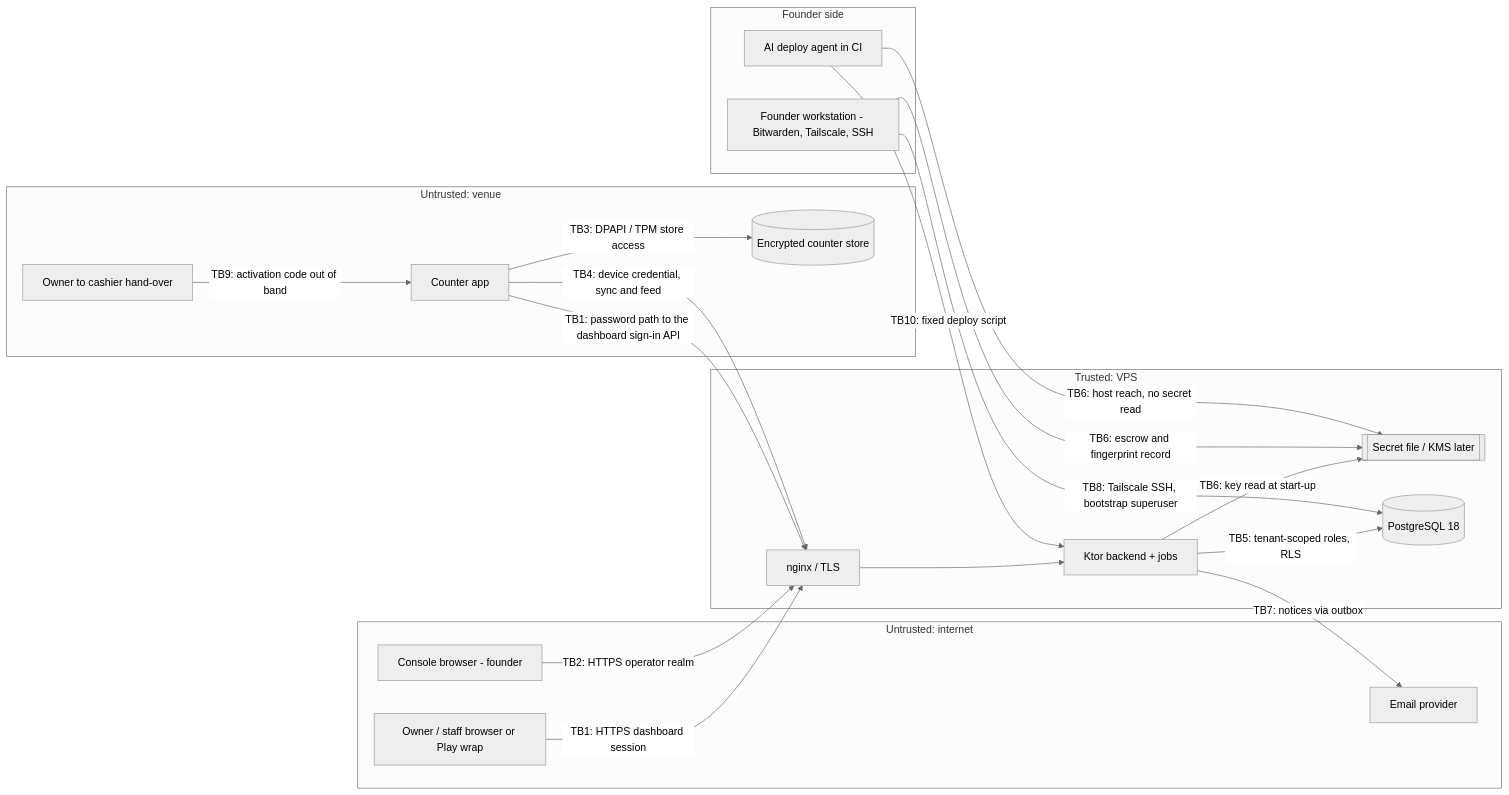
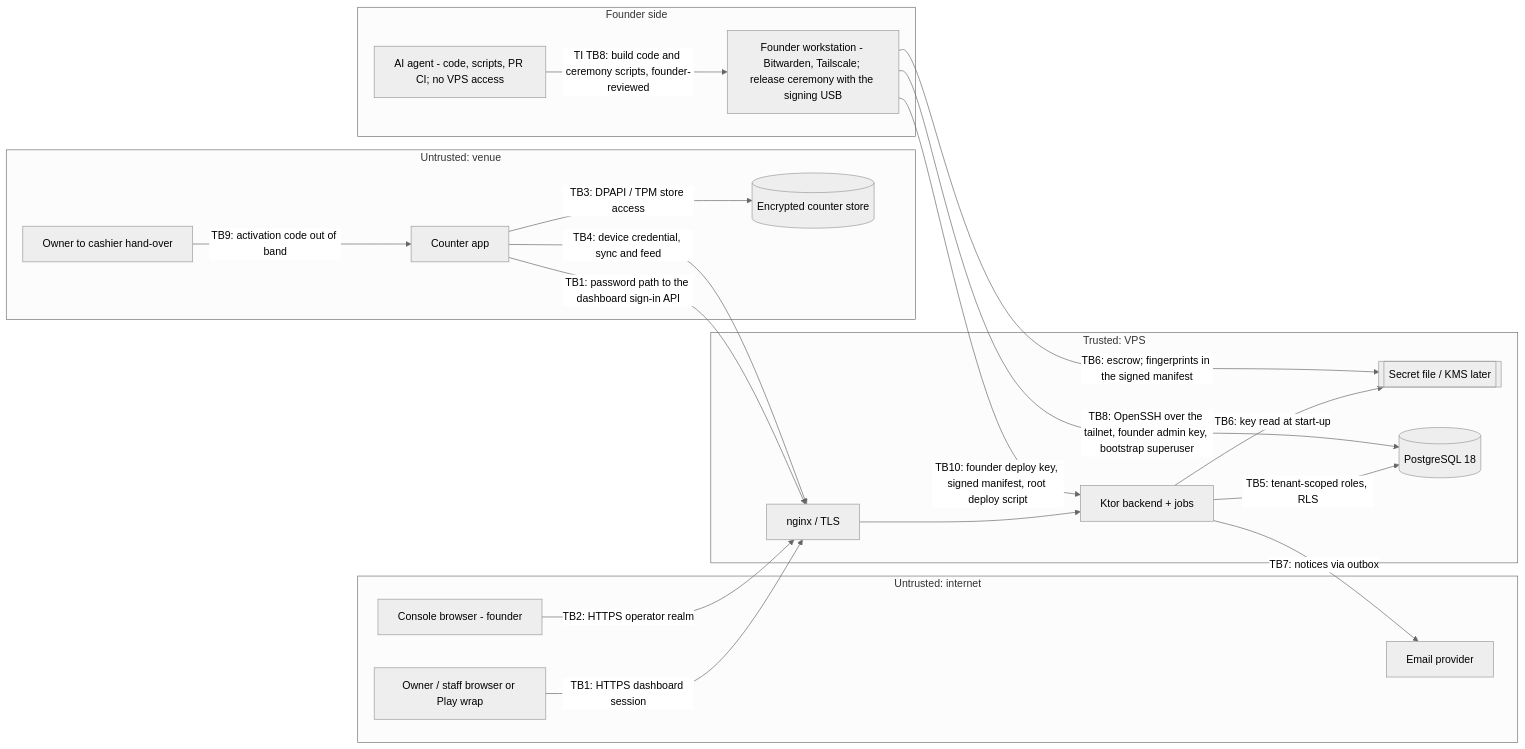
One commit to Kodelix/kodeebo changed the diagram in docs/architecture/threat-models/staff-auth.md. Above: the diagram before and after it, drawn with Mermaid (neutral theme). The commit also changed other lines of this file and 4 other files, not shown here.

````diff
--- a/docs/architecture/threat-models/staff-auth.md
+++ b/docs/architecture/threat-models/staff-auth.md
@@ -78,36 +78,36 @@
 ```mermaid
 flowchart LR
   subgraph Internet["Untrusted: internet"]
     B[Owner / staff browser or Play wrap]
     CB[Console browser - founder]
     EM[Email provider]
   end
   subgraph Venue["Untrusted: venue"]
     CA[Counter app]
     ST[(Encrypted counter store)]
     OOB[Owner to cashier hand-over]
   end
   subgraph Founder["Founder side"]
-    WS[Founder workstation - Bitwarden, Tailscale, SSH]
-    CI[AI deploy agent in CI]
+    WS[Founder workstation - Bitwarden, Tailscale; release ceremony with the signing USB]
+    CI[AI agent - code, scripts, PR CI; no VPS access]
   end
   subgraph Host["Trusted: VPS"]
     NX[nginx / TLS]
     API[Ktor backend + jobs]
     SF[[Secret file / KMS later]]
     DB[(PostgreSQL 18)]
   end
   B -- "TB1: HTTPS dashboard session" --> NX --> API
   CA -- "TB1: password path to the dashboard sign-in API" --> NX
   CB -- "TB2: HTTPS operator realm" --> NX
   CA -- "TB3: DPAPI / TPM store access" --> ST
   CA -- "TB4: device credential, sync and feed" --> NX
   API -- "TB5: tenant-scoped roles, RLS" --> DB
   API -- "TB6: key read at start-up" --> SF
   API -- "TB7: notices via outbox" --> EM
-  WS -- "TB8: Tailscale SSH, bootstrap superuser" --> DB
+  WS -- "TB8: OpenSSH over the tailnet, founder admin key, bootstrap superuser" --> DB
   OOB -- "TB9: activation code out of band" --> CA
-  CI -- "TB10: fixed deploy script" --> API
-  WS -- "TB6: escrow and fingerprint record" --> SF
-  CI -- "TB6: host reach, no secret read" --> SF
+  WS -- "TB10: founder deploy key, signed manifest, root deploy script" --> API
+  CI -- "TI TB8: build code and ceremony scripts, founder-reviewed" --> WS
+  WS -- "TB6: escrow; fingerprints in the signed manifest" --> SF
 ```
````
